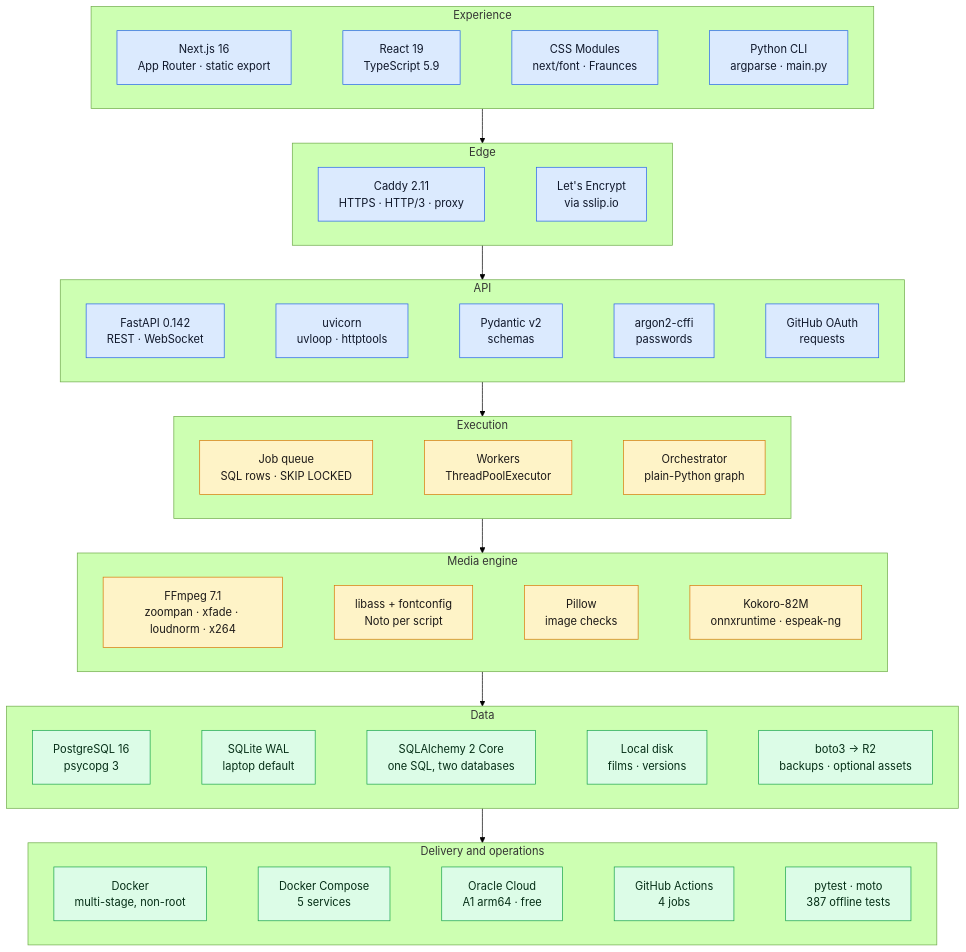
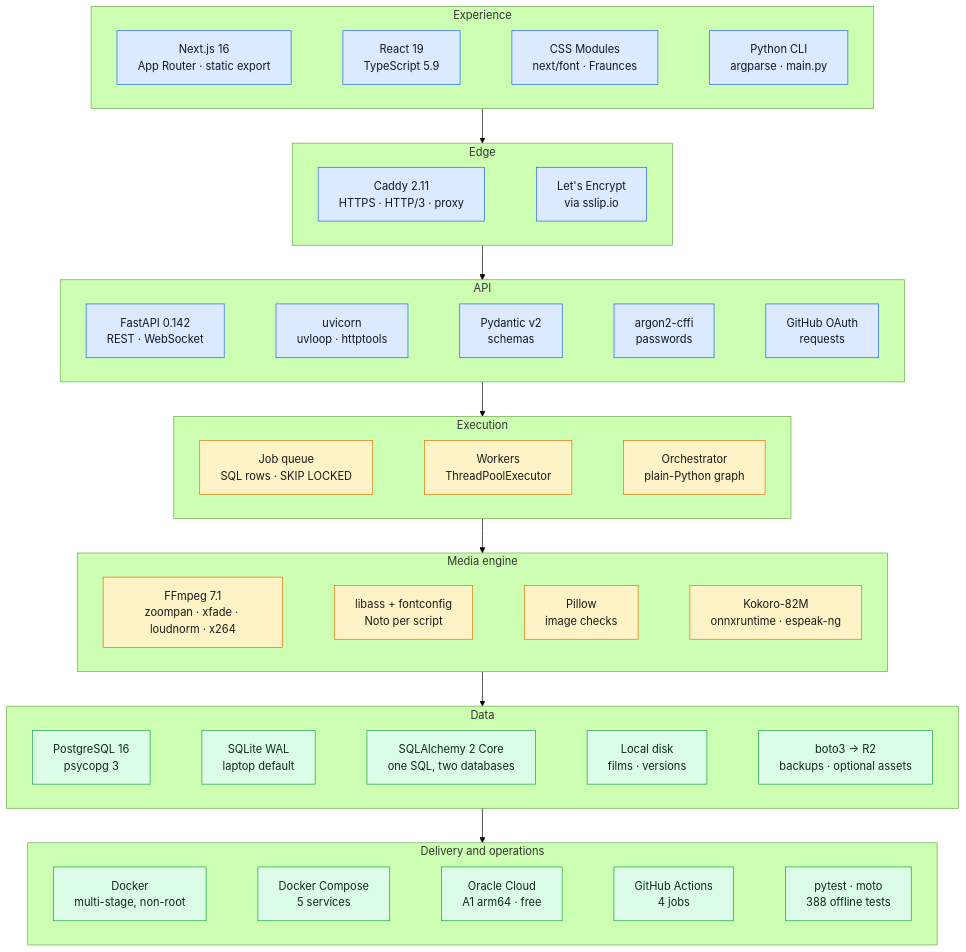
Before and after one commit to SaadAbdullaH3/Automated-Story-Generation: the first of 2 diagrams in docs/TECH_STACK.md, drawn with Mermaid (forest theme). The commit also changed 26 other files, not shown here.

````diff
--- a/docs/TECH_STACK.md
+++ b/docs/TECH_STACK.md
@@ -18,46 +18,46 @@
 ```mermaid
 flowchart TB
     subgraph exp["Experience"]
         direction LR
         next["Next.js 16<br/>App Router · static export"] ~~~ react["React 19<br/>TypeScript 5.9"] ~~~ css["CSS Modules<br/>next/font · Fraunces"] ~~~ cli["Python CLI<br/>argparse · main.py"]
     end
 
     subgraph edge["Edge"]
         direction LR
         caddy["Caddy 2.11<br/>HTTPS · HTTP/3 · proxy"] ~~~ le["Let's Encrypt<br/>via sslip.io"]
     end
 
     subgraph apiL["API"]
         direction LR
         fastapi["FastAPI 0.142<br/>REST · WebSocket"] ~~~ uvicorn["uvicorn<br/>uvloop · httptools"] ~~~ pyd["Pydantic v2<br/>schemas"] ~~~ argon["argon2-cffi<br/>passwords"] ~~~ oauth["GitHub OAuth<br/>requests"]
     end
 
     subgraph exec["Execution"]
         direction LR
         queue["Job queue<br/>SQL rows · SKIP LOCKED"] ~~~ worker["Workers<br/>ThreadPoolExecutor"] ~~~ orch["Orchestrator<br/>plain-Python graph"]
     end
 
     subgraph media["Media engine"]
         direction LR
         ffmpeg["FFmpeg 7.1<br/>zoompan · xfade · loudnorm · x264"] ~~~ libass["libass + fontconfig<br/>Noto per script"] ~~~ pillow["Pillow<br/>image checks"] ~~~ kokoro["Kokoro-82M<br/>onnxruntime · espeak-ng"]
     end
 
     subgraph data["Data"]
         direction LR
         pg["PostgreSQL 16<br/>psycopg 3"] ~~~ sqlite["SQLite WAL<br/>laptop default"] ~~~ sqla["SQLAlchemy 2 Core<br/>one SQL, two databases"] ~~~ fs["Local disk<br/>films · versions"] ~~~ s3["boto3 → R2<br/>backups · optional assets"]
     end
 
     subgraph ops["Delivery and operations"]
         direction LR
-        docker["Docker<br/>multi-stage, non-root"] ~~~ compose["Docker Compose<br/>5 services"] ~~~ oci["Oracle Cloud<br/>A1 arm64 · free"] ~~~ gha["GitHub Actions<br/>4 jobs"] ~~~ tests["pytest · moto<br/>387 offline tests"]
+        docker["Docker<br/>multi-stage, non-root"] ~~~ compose["Docker Compose<br/>5 services"] ~~~ oci["Oracle Cloud<br/>A1 arm64 · free"] ~~~ gha["GitHub Actions<br/>4 jobs"] ~~~ tests["pytest · moto<br/>388 offline tests"]
     end
 
     exp --> edge --> apiL --> exec --> media --> data --> ops
 
     classDef l1 fill:#dbeafe,stroke:#2563eb,color:#0f172a
     classDef l2 fill:#dcfce7,stroke:#16a34a,color:#052e16
     classDef l3 fill:#fef3c7,stroke:#d97706,color:#1c1917
     class next,react,css,cli,caddy,le,fastapi,uvicorn,pyd,argon,oauth l1
     class queue,worker,orch,ffmpeg,libass,pillow,kokoro l3
     class pg,sqlite,sqla,fs,s3,docker,compose,oci,gha,tests l2
 ```
````
